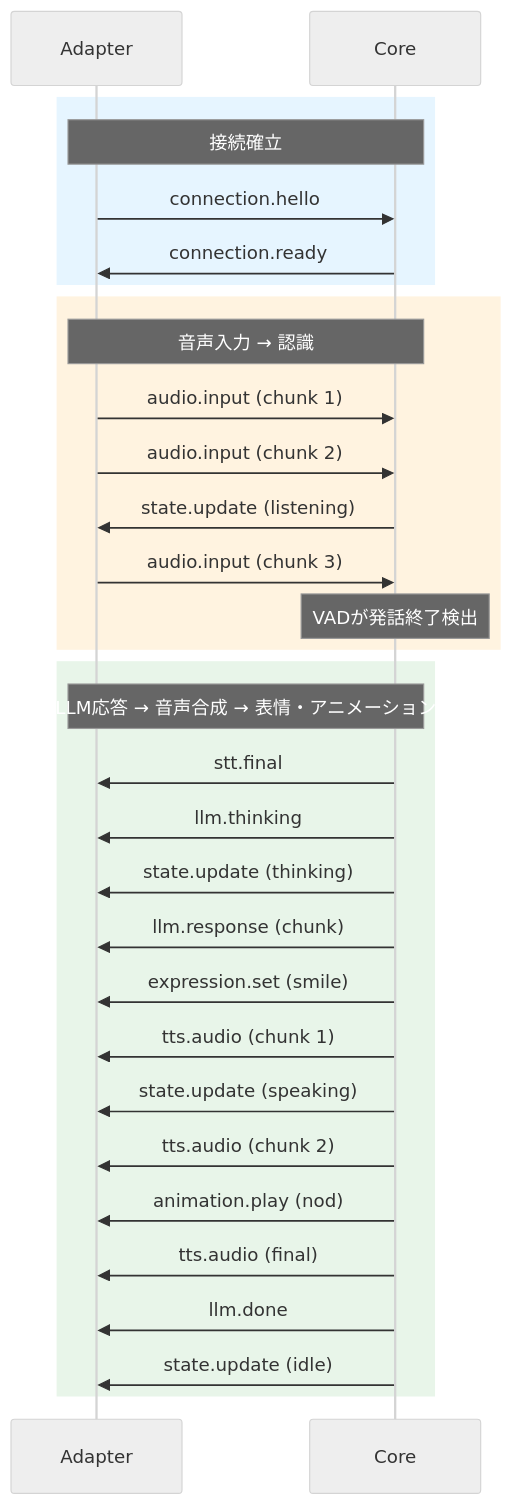
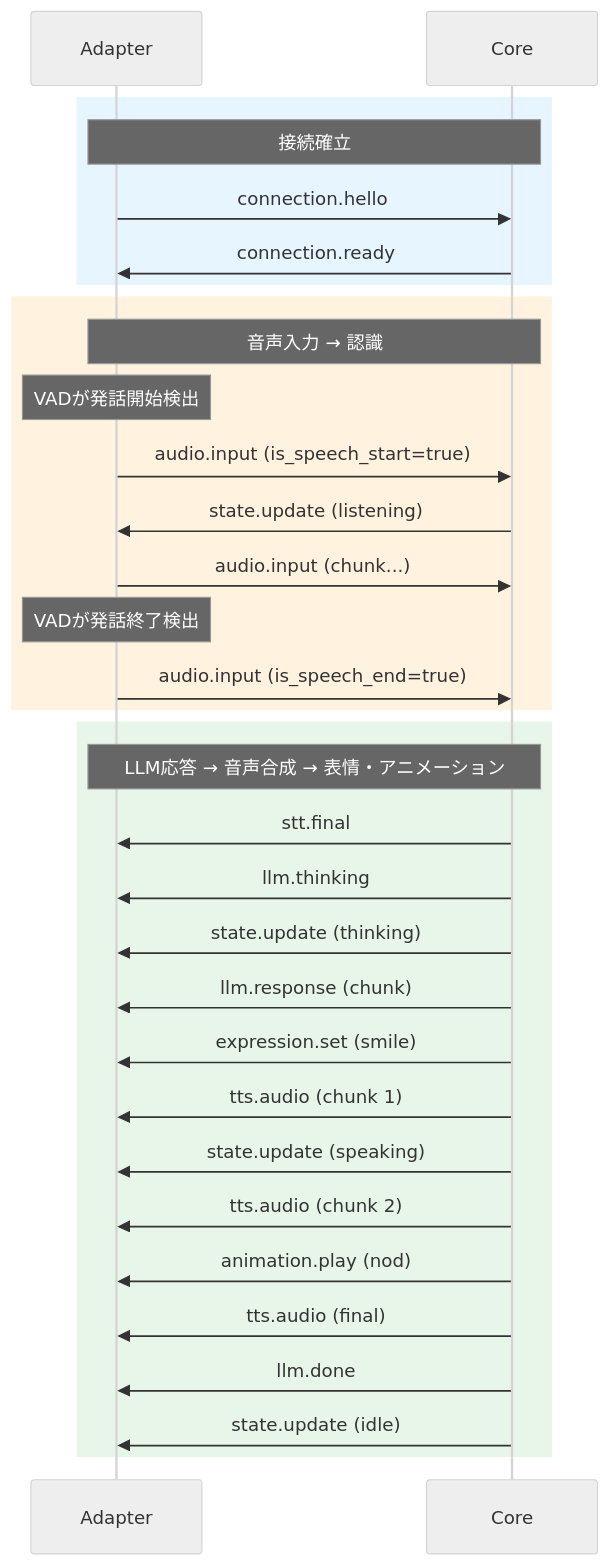
The first of 3 diagrams in docs/protocol.md (miumo6329/ai-avatar-framework), drawn with Mermaid (neutral theme) before and after one commit. The commit also changed other lines of this file and 4 other files, not shown here.

````diff
--- a/docs/protocol.md
+++ b/docs/protocol.md
@@ -305,36 +313,37 @@
 ```mermaid
 sequenceDiagram
   participant Adapter
   participant Core
 
   rect rgb(230, 245, 255)
     Note over Adapter, Core: 接続確立
     Adapter->>Core: connection.hello
     Core->>Adapter: connection.ready
   end
 
   rect rgb(255, 243, 224)
     Note over Adapter, Core: 音声入力 → 認識
-    Adapter->>Core: audio.input (chunk 1)
-    Adapter->>Core: audio.input (chunk 2)
+    Note over Adapter: VADが発話開始検出
+    Adapter->>Core: audio.input (is_speech_start=true)
     Core->>Adapter: state.update (listening)
-    Adapter->>Core: audio.input (chunk 3)
-    Note over Core: VADが発話終了検出
+    Adapter->>Core: audio.input (chunk...)
+    Note over Adapter: VADが発話終了検出
+    Adapter->>Core: audio.input (is_speech_end=true)
   end
 
   rect rgb(232, 245, 233)
     Note over Adapter, Core: LLM応答 → 音声合成 → 表情・アニメーション
     Core->>Adapter: stt.final
     Core->>Adapter: llm.thinking
     Core->>Adapter: state.update (thinking)
     Core->>Adapter: llm.response (chunk)
     Core->>Adapter: expression.set (smile)
     Core->>Adapter: tts.audio (chunk 1)
     Core->>Adapter: state.update (speaking)
     Core->>Adapter: tts.audio (chunk 2)
     Core->>Adapter: animation.play (nod)
     Core->>Adapter: tts.audio (final)
     Core->>Adapter: llm.done
     Core->>Adapter: state.update (idle)
   end
 ```
````
